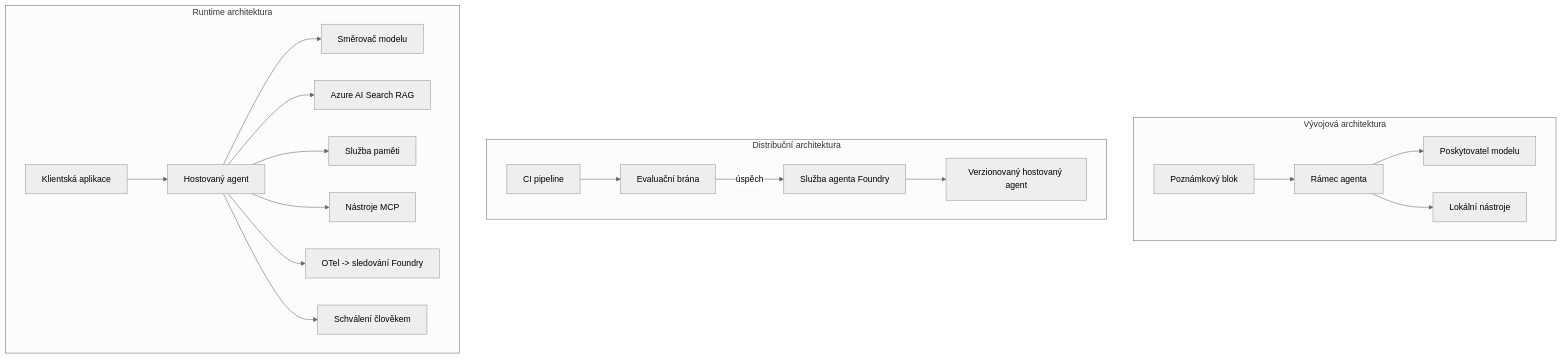
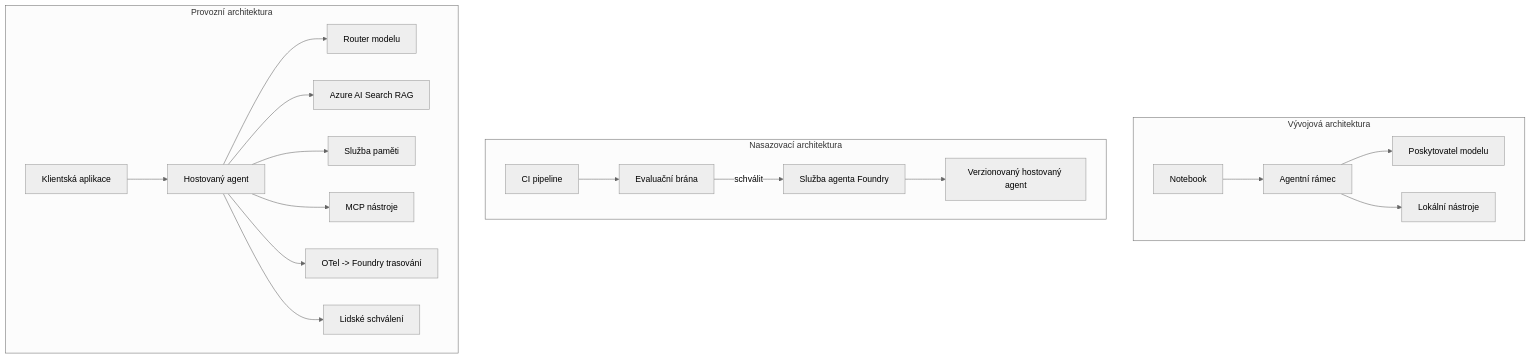
Before and after one commit to microsoft/ai-agents-for-beginners: the fourth of 4 diagrams in translations/cs/16-deploying-scalable-agents/README.md, drawn with Mermaid (neutral theme). The commit also changed other lines of this file and 47 other files, not shown here.

````diff
--- a/translations/cs/16-deploying-scalable-agents/README.md
+++ b/translations/cs/16-deploying-scalable-agents/README.md
@@ -185,22 +185,22 @@
 ```mermaid
 flowchart TB
     subgraph Dev[Vývojová architektura]
-        D1[Poznámkový blok] --> D2[Rámec agenta]
+        D1[Notebook] --> D2[Agentní rámec]
         D2 --> D3[Poskytovatel modelu]
         D2 --> D4[Lokální nástroje]
     end
-    subgraph Deploy[Distribuční architektura]
+    subgraph Deploy[Nasazovací architektura]
         E1[CI pipeline] --> E2[Evaluační brána]
-        E2 -->|úspěch| E3[Služba agenta Foundry]
+        E2 -->|schválit| E3[Služba agenta Foundry]
         E3 --> E4[Verzionovaný hostovaný agent]
     end
-    subgraph Run[Runtime architektura]
+    subgraph Run[Provozní architektura]
         F1[Klientská aplikace] --> F2[Hostovaný agent]
-        F2 --> F3[Směrovač modelu]
+        F2 --> F3[Router modelu]
         F2 --> F4[Azure AI Search RAG]
         F2 --> F5[Služba paměti]
-        F2 --> F6[Nástroje MCP]
-        F2 --> F7[OTel -> sledování Foundry]
-        F2 --> F8[Schválení člověkem]
+        F2 --> F6[MCP nástroje]
+        F2 --> F7[OTel -> Foundry trasování]
+        F2 --> F8[Lidské schválení]
     end
 ```
````
